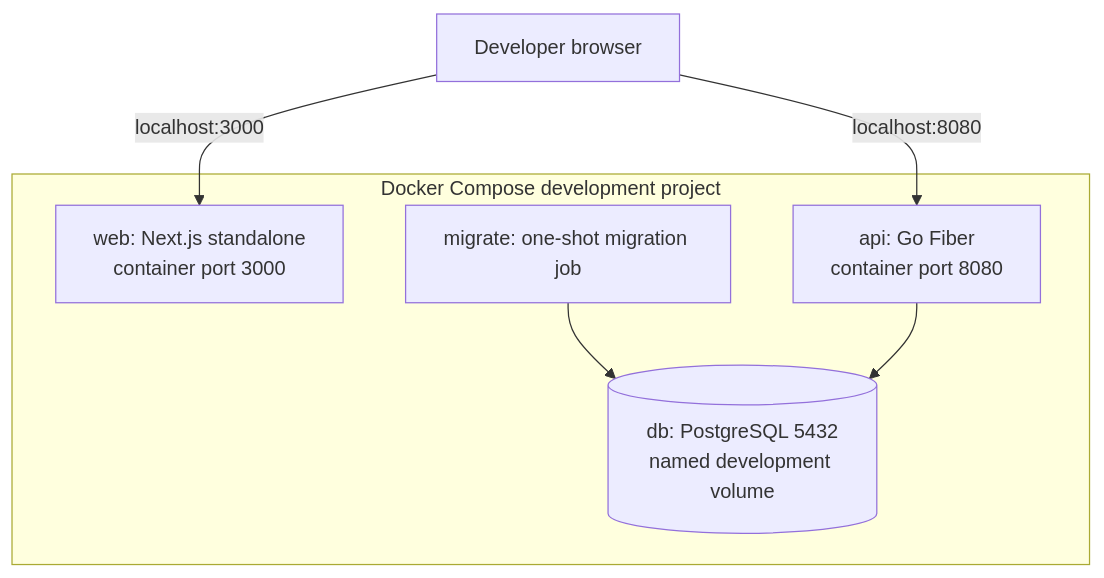
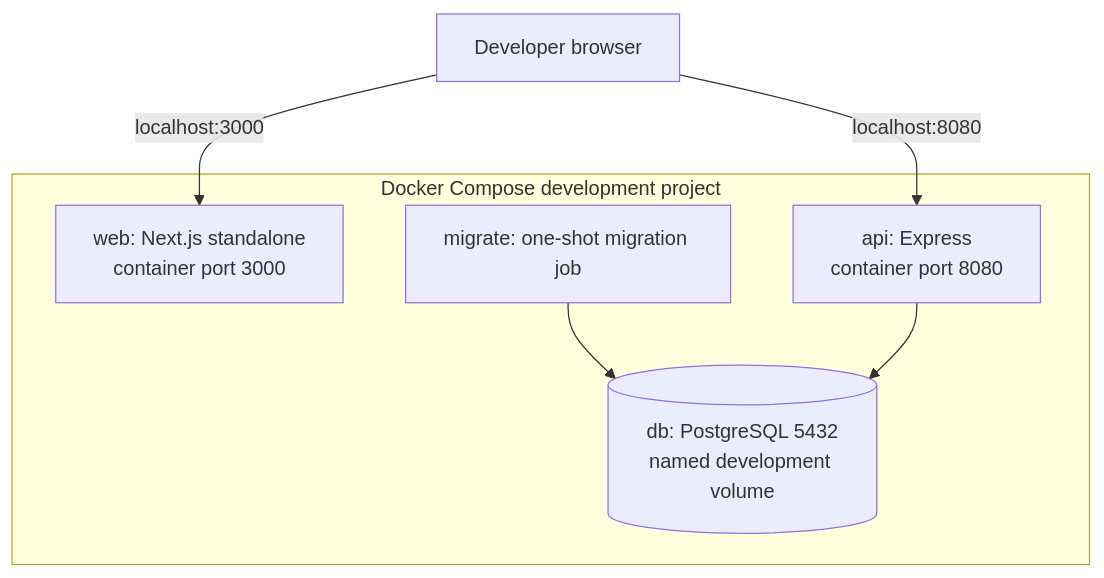
Before and after one commit to besterdev/cal-food-store-full-stack: the third of 3 diagrams in docs/system-design.md, drawn with Mermaid. The commit also changed other lines of this file and 44 other files, not shown here.

First line of the commit message:
✨ feat: replace go fiber api with express

````diff
--- a/docs/system-design.md
+++ b/docs/system-design.md
@@ -314,16 +314,16 @@
 ```mermaid
 flowchart TB
     Host[Developer browser]
 
     subgraph Compose[Docker Compose development project]
         Web[web: Next.js standalone\ncontainer port 3000]
-        API[api: Go Fiber\ncontainer port 8080]
+        API[api: Express\ncontainer port 8080]
         Migrate[migrate: one-shot migration job]
         DB[(db: PostgreSQL 5432\nnamed development volume)]
         Migrate --> DB
         API --> DB
     end
 
     Host -->|localhost:3000| Web
     Host -->|localhost:8080| API
 ```
````
